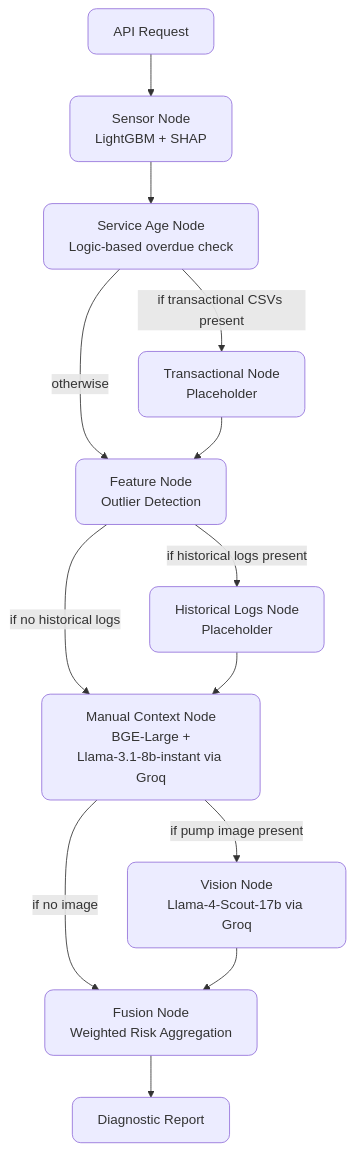
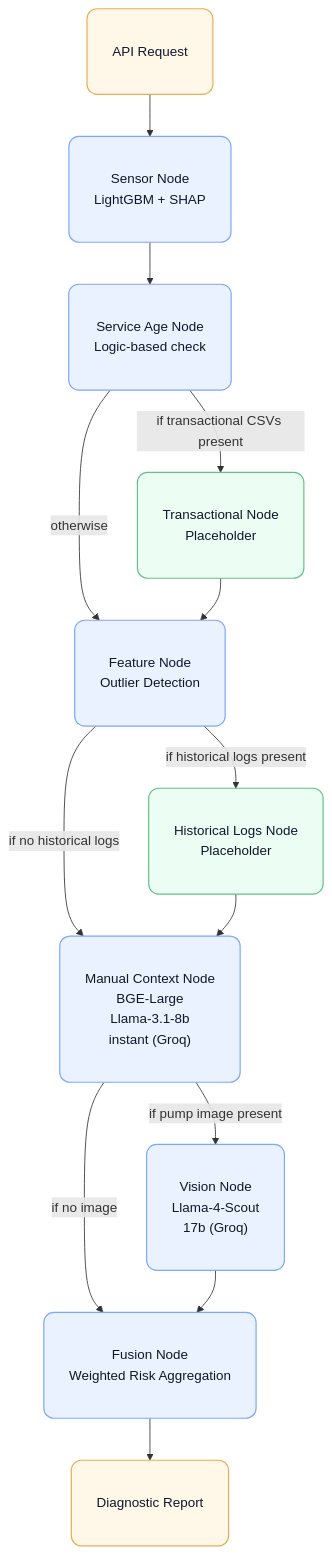
The diagram in README.md (Murthypsty0419/Multi-Modal-Predictive-Maintenance-Agent), drawn with Mermaid before and after one commit.

````diff
--- a/README.md
+++ b/README.md
@@ -23,20 +23,24 @@
 ```mermaid
 flowchart TD
     A["API Request"] --> SN["Sensor Node<br/>LightGBM + SHAP"]
-    SN --> SAN["Service Age Node<br/>Logic-based overdue check"]
+    SN --> SAN["Service Age Node<br/>Logic-based check"]
     SAN -->|"if transactional CSVs present"| TN["Transactional Node<br/>Placeholder"]
     SAN -->|"otherwise"| FN["Feature Node<br/>Outlier Detection"]
     TN --> FN
 
     FN -->|"if historical logs present"| HLN["Historical Logs Node<br/>Placeholder"]
-    FN -->|"if no historical logs"| MCN["Manual Context Node<br/>BGE-Large +<br/>Llama-3.1-8b-instant via Groq"]
+    FN -->|"if no historical logs"| MCN["Manual Context Node<br/>BGE-Large<br/>Llama-3.1-8b<br/>instant (Groq)"]
     HLN --> MCN
 
-    MCN -->|"if pump image present"| VN["Vision Node<br/>Llama-4-Scout-17b via Groq"]
+    MCN -->|"if pump image present"| VN["Vision Node<br/>Llama-4-Scout<br/>17b (Groq)"]
     MCN -->|"if no image"| FUSE["Fusion Node<br/>Weighted Risk Aggregation"]
     VN --> FUSE
     FUSE --> R["Diagnostic Report"]
 
-    classDef rounded rx:10,ry:10;
-    class A,SN,SAN,TN,FN,HLN,MCN,VN,FUSE,R rounded;
+    classDef core fill:#EAF2FF,stroke:#7CA6FF,stroke-width:1.4px,color:#0F172A,rx:12,ry:12,padding:12px;
+    classDef aux fill:#ECFDF3,stroke:#63C08A,stroke-width:1.4px,color:#0F172A,rx:12,ry:12,padding:12px;
+    classDef out fill:#FFF7E8,stroke:#E7AE53,stroke-width:1.4px,color:#0F172A,rx:12,ry:12,padding:12px;
+    class A,R out;
+    class SN,SAN,FN,MCN,VN,FUSE core;
+    class TN,HLN aux;
 ```
````
